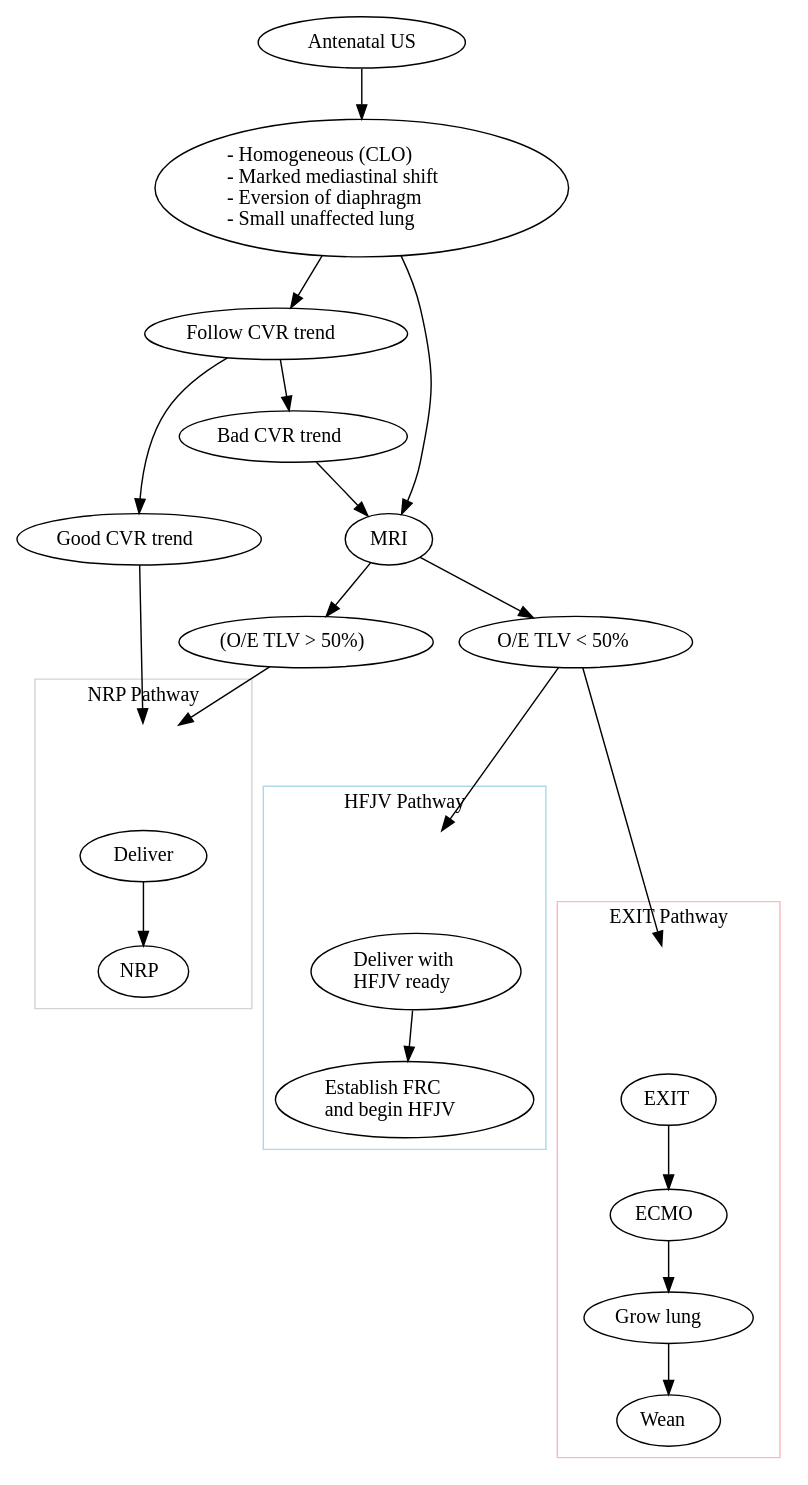
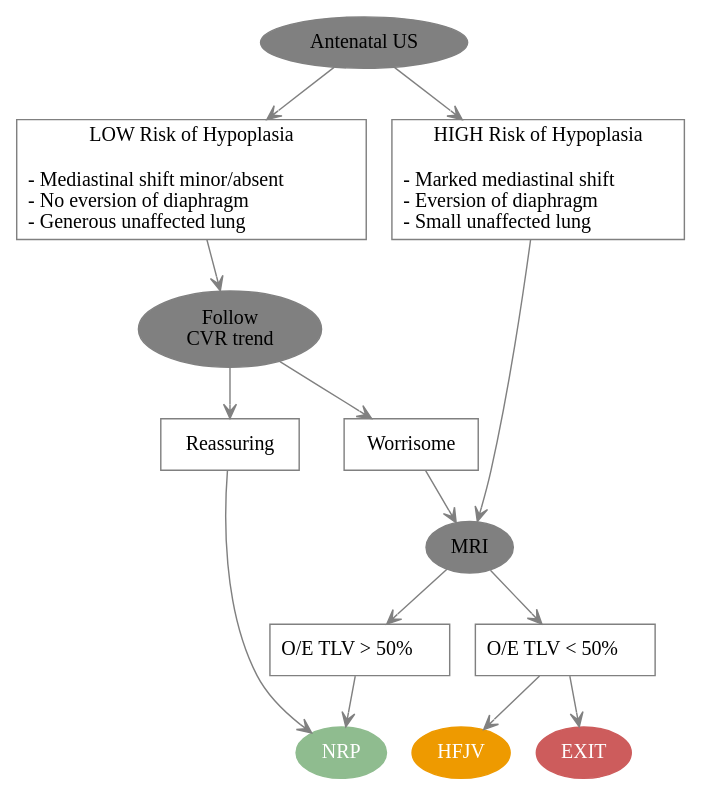
Before and after one commit to mdtsandman/CLO: the diagram in CLO.dot, drawn with Graphviz. The commit also changed 4 other files, not shown here.

```diff
--- a/CLO.dot
+++ b/CLO.dot
@@ -1,71 +1,43 @@
 digraph LungMass {
 
 rankdir=TB;
+newrank=true;
 compound=true;
 
+node [color=grey];
+edge [color=grey arrowhead=vee];
 
-US [label="Antenatal US"];
-TransitionRisk [label="- Homogeneous (CLO)\l- Marked mediastinal shift\l- Eversion of diaphragm\l- Small unaffected lung\l"];
-CVRTrend [label="Follow CVR trend\l"];
-GoodTrend [label="Good CVR trend\l"];
-BadTrend [label="Bad CVR trend\l"];
-MRI [label="MRI"];
-SevereHypoplasia [label="O/E TLV < 50%\l"];
-MildHypoplasia [label="(O/E TLV > 50%)\l"];
+US [label="Antenatal US" style=filled fillcolor=grey];
+HighRisk [shape=box label="HIGH Risk of Hypoplasia\n\n- Marked mediastinal shift\l- Eversion of diaphragm\l- Small unaffected lung\l"];
+LowRisk [shape=box label="LOW Risk of Hypoplasia\n\n- Mediastinal shift minor/absent\l- No eversion of diaphragm\l- Generous unaffected lung\l"];
+CVRTrend [label="Follow\nCVR trend" style=filled fillcolor=grey];
+GoodTrend [shape=box label="Reassuring"];
+BadTrend [shape=box label="Worrisome"];
+MRI [label="MRI" style=filled fillcolor=grey];
+SevereHypoplasia [shape=box label="O/E TLV < 50%\l"];
+MildHypoplasia [shape=box label="O/E TLV > 50%\l"];
+NRP [label="NRP" style=filled fontcolor=white fillcolor=darkseagreen color=darkseagreen];
+HFJV [label="HFJV" style=filled fontcolor=white fillcolor=orange2 color=orange2];
+EXIT [label="EXIT" style=filled fontcolor=white fillcolor=indianred color=indianred];
 
-US -> TransitionRisk;
-TransitionRisk -> MRI;
-TransitionRisk ->CVRTrend;
+US -> {HighRisk, LowRisk};
+HighRisk -> MRI;
+LowRisk ->CVRTrend;
 MRI -> SevereHypoplasia;
 MRI -> MildHypoplasia;
 CVRTrend -> BadTrend;
 CVRTrend -> GoodTrend;
 BadTrend -> MRI;
+GoodTrend -> NRP;
+MildHypoplasia -> NRP;
+SevereHypoplasia -> {HFJV, EXIT};
 
-{ rank=same; GoodTrend; MRI; }
+NRP -> HFJV -> EXIT [style=invis];
+
+{ rank=same; LowRisk; HighRisk; }
+{ rank=same; GoodTrend; BadTrend; }
 { rank=same; MildHypoplasia; SevereHypoplasia; }
-
-subgraph cluster_NRP {
-	label="NRP Pathway";
-	color=lightgrey;
-	anchor_NRP [style=invis, weight=100, constraint=true];
-	StandardDelivery [label="Deliver"]
-	NRP [label="NRP\l"];
-	anchor_NRP-> StandardDelivery[style=invis];
-	StandardDelivery -> NRP;
+{ rank=same; LowRisk; HighRisk; }
+{ rank=same; NRP; HFJV; EXIT; }
 
 }
-
-subgraph cluster_HFJV {
-	label="HFJV Pathway";
-	color=lightblue;
-	anchor_HFJV [style=invis, weight=100, constraint=true];
-	DeliverWithHFJVReady [label="Deliver with\lHFJV ready\l"];
-	HFJV [label="Establish FRC\land begin HFJV\l"];
-	anchor_HFJV -> DeliverWithHFJVReady[style=invis];
-	DeliverWithHFJVReady -> HFJV;
-}
-
-subgraph cluster_EXIT {
-	label="EXIT Pathway";
-	color=lightpink;
-	anchor_EXIT [style=invis, weight=100, constraint=true];
-	EXIT [label="EXIT\l"];
-	ECMO [label="ECMO\l"];
-	Grow [label="Grow lung\l"];
-	Wean [label="Wean\l"];
-	anchor_EXIT -> EXIT[style=invis];
-	EXIT -> ECMO;
-	ECMO -> Grow;
-	Grow -> Wean;
-}
-
-{ rank=anchor_NRP; anchor_HFJV; anchor_EXIT; }
-anchor_NRP -> anchor_HFJV -> anchor_EXIT [style=invis,weight=100];
-
-MildHypoplasia -> anchor_NRP;
-GoodTrend -> anchor_NRP;
-SevereHypoplasia -> anchor_HFJV;
-SevereHypoplasia -> anchor_EXIT;
-
-}
```
